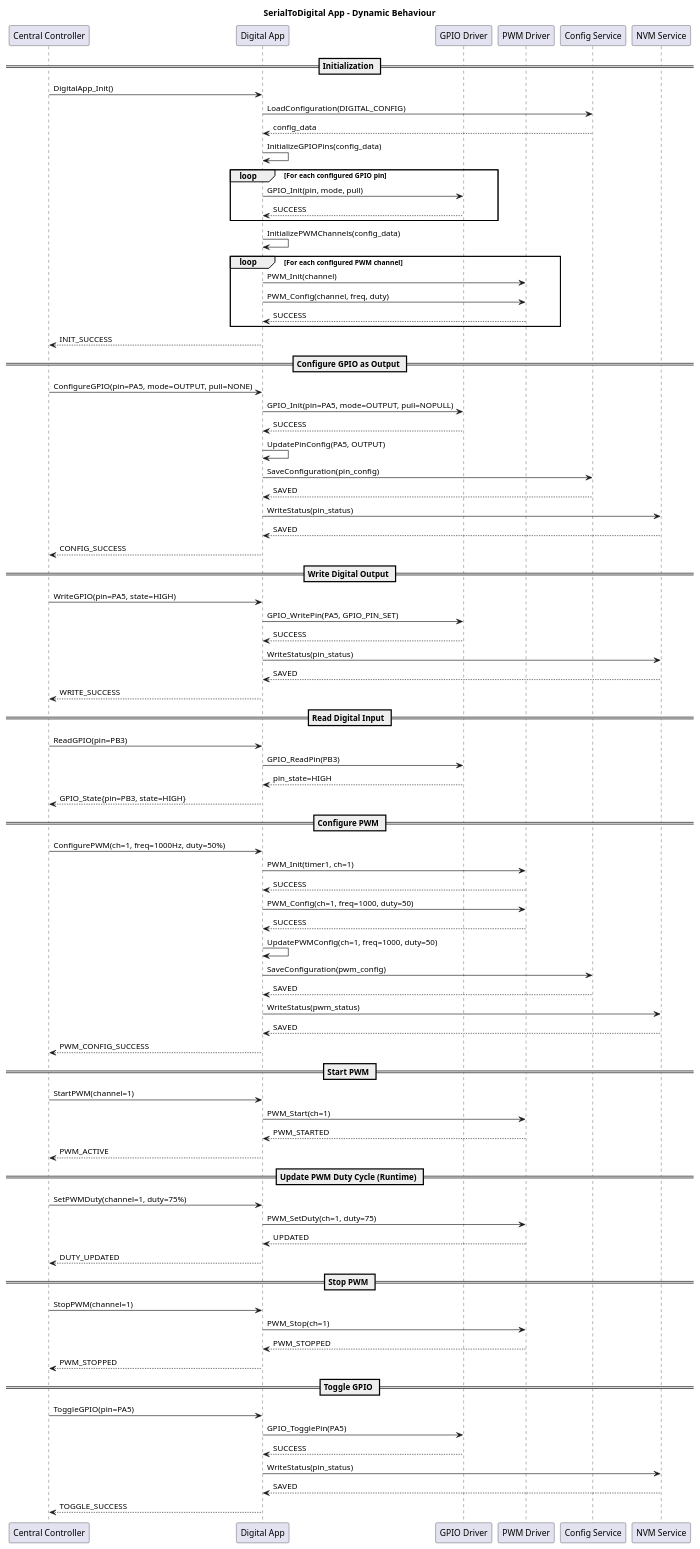
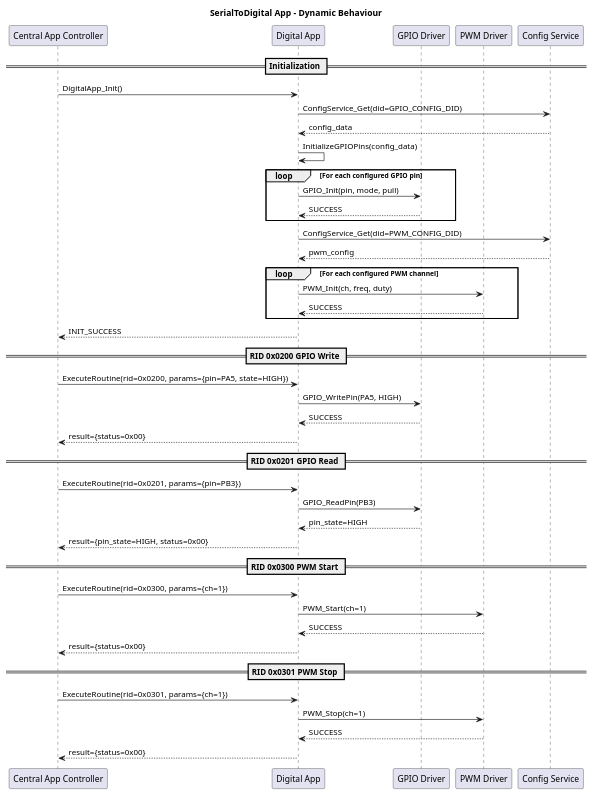
One commit to LinhTrucVo/Bico_Protocol_Bridge changed the diagram in 2_architecture/fucntionView/layer3Application/serialToDigitalApp/dynamicBehaviour.puml. Above: the diagram before and after it, drawn with PlantUML. The commit also changed 17 other files, not shown here.

```diff
--- a/2_architecture/fucntionView/layer3Application/serialToDigitalApp/dynamicBehaviour.puml
+++ b/2_architecture/fucntionView/layer3Application/serialToDigitalApp/dynamicBehaviour.puml
@@ -1,92 +1,51 @@
 @startuml
 title SerialToDigital App - Dynamic Behaviour
 
-participant "Central Controller" as CC
+participant "Central App Controller" as CC
 participant "Digital App" as DA
 participant "GPIO Driver" as GPIO
 participant "PWM Driver" as PWM
-participant "Config Service" as CFG
-participant "NVM Service" as NVM
+participant "Config Service" as CS
 
 == Initialization ==
 CC -> DA : DigitalApp_Init()
-DA -> CFG : LoadConfiguration(DIGITAL_CONFIG)
-CFG --> DA : config_data
+DA -> CS : ConfigService_Get(did=GPIO_CONFIG_DID)
+CS --> DA : config_data
 DA -> DA : InitializeGPIOPins(config_data)
 loop For each configured GPIO pin
     DA -> GPIO : GPIO_Init(pin, mode, pull)
     GPIO --> DA : SUCCESS
 end
-DA -> DA : InitializePWMChannels(config_data)
+DA -> CS : ConfigService_Get(did=PWM_CONFIG_DID)
+CS --> DA : pwm_config
 loop For each configured PWM channel
-    DA -> PWM : PWM_Init(channel)
-    DA -> PWM : PWM_Config(channel, freq, duty)
+    DA -> PWM : PWM_Init(ch, freq, duty)
     PWM --> DA : SUCCESS
 end
 DA --> CC : INIT_SUCCESS
 
-== Configure GPIO as Output ==
-CC -> DA : ConfigureGPIO(pin=PA5, mode=OUTPUT, pull=NONE)
-DA -> GPIO : GPIO_Init(pin=PA5, mode=OUTPUT, pull=NOPULL)
+== RID 0x0200 GPIO Write ==
+CC -> DA : ExecuteRoutine(rid=0x0200, params={pin=PA5, state=HIGH})
+DA -> GPIO : GPIO_WritePin(PA5, HIGH)
 GPIO --> DA : SUCCESS
-DA -> DA : UpdatePinConfig(PA5, OUTPUT)
-DA -> CFG : SaveConfiguration(pin_config)
-CFG --> DA : SAVED
-DA -> NVM : WriteStatus(pin_status)
-NVM --> DA : SAVED
-DA --> CC : CONFIG_SUCCESS
+DA --> CC : result={status=0x00}
 
-== Write Digital Output ==
-CC -> DA : WriteGPIO(pin=PA5, state=HIGH)
-DA -> GPIO : GPIO_WritePin(PA5, GPIO_PIN_SET)
-GPIO --> DA : SUCCESS
-DA -> NVM : WriteStatus(pin_status)
-NVM --> DA : SAVED
-DA --> CC : WRITE_SUCCESS
-
-== Read Digital Input ==
-CC -> DA : ReadGPIO(pin=PB3)
+== RID 0x0201 GPIO Read ==
+CC -> DA : ExecuteRoutine(rid=0x0201, params={pin=PB3})
 DA -> GPIO : GPIO_ReadPin(PB3)
 GPIO --> DA : pin_state=HIGH
-DA --> CC : GPIO_State{pin=PB3, state=HIGH}
+DA --> CC : result={pin_state=HIGH, status=0x00}
 
-== Configure PWM ==
-CC -> DA : ConfigurePWM(ch=1, freq=1000Hz, duty=50%)
-DA -> PWM : PWM_Init(timer1, ch=1)
+== RID 0x0300 PWM Start ==
+CC -> DA : ExecuteRoutine(rid=0x0300, params={ch=1})
+DA -> PWM : PWM_Start(ch=1)
 PWM --> DA : SUCCESS
-DA -> PWM : PWM_Config(ch=1, freq=1000, duty=50)
+DA --> CC : result={status=0x00}
+
+== RID 0x0301 PWM Stop ==
+CC -> DA : ExecuteRoutine(rid=0x0301, params={ch=1})
+DA -> PWM : PWM_Stop(ch=1)
 PWM --> DA : SUCCESS
-DA -> DA : UpdatePWMConfig(ch=1, freq=1000, duty=50)
-DA -> CFG : SaveConfiguration(pwm_config)
-CFG --> DA : SAVED
-DA -> NVM : WriteStatus(pwm_status)
-NVM --> DA : SAVED
-DA --> CC : PWM_CONFIG_SUCCESS
-
-== Start PWM ==
-CC -> DA : StartPWM(channel=1)
-DA -> PWM : PWM_Start(ch=1)
-PWM --> DA : PWM_STARTED
-DA --> CC : PWM_ACTIVE
-
-== Update PWM Duty Cycle (Runtime) ==
-CC -> DA : SetPWMDuty(channel=1, duty=75%)
-DA -> PWM : PWM_SetDuty(ch=1, duty=75)
-PWM --> DA : UPDATED
-DA --> CC : DUTY_UPDATED
-
-== Stop PWM ==
-CC -> DA : StopPWM(channel=1)
-DA -> PWM : PWM_Stop(ch=1)
-PWM --> DA : PWM_STOPPED
-DA --> CC : PWM_STOPPED
-
-== Toggle GPIO ==
-CC -> DA : ToggleGPIO(pin=PA5)
-DA -> GPIO : GPIO_TogglePin(PA5)
-GPIO --> DA : SUCCESS
-DA -> NVM : WriteStatus(pin_status)
-NVM --> DA : SAVED
-DA --> CC : TOGGLE_SUCCESS
+DA --> CC : result={status=0x00}
 
 @enduml
```
